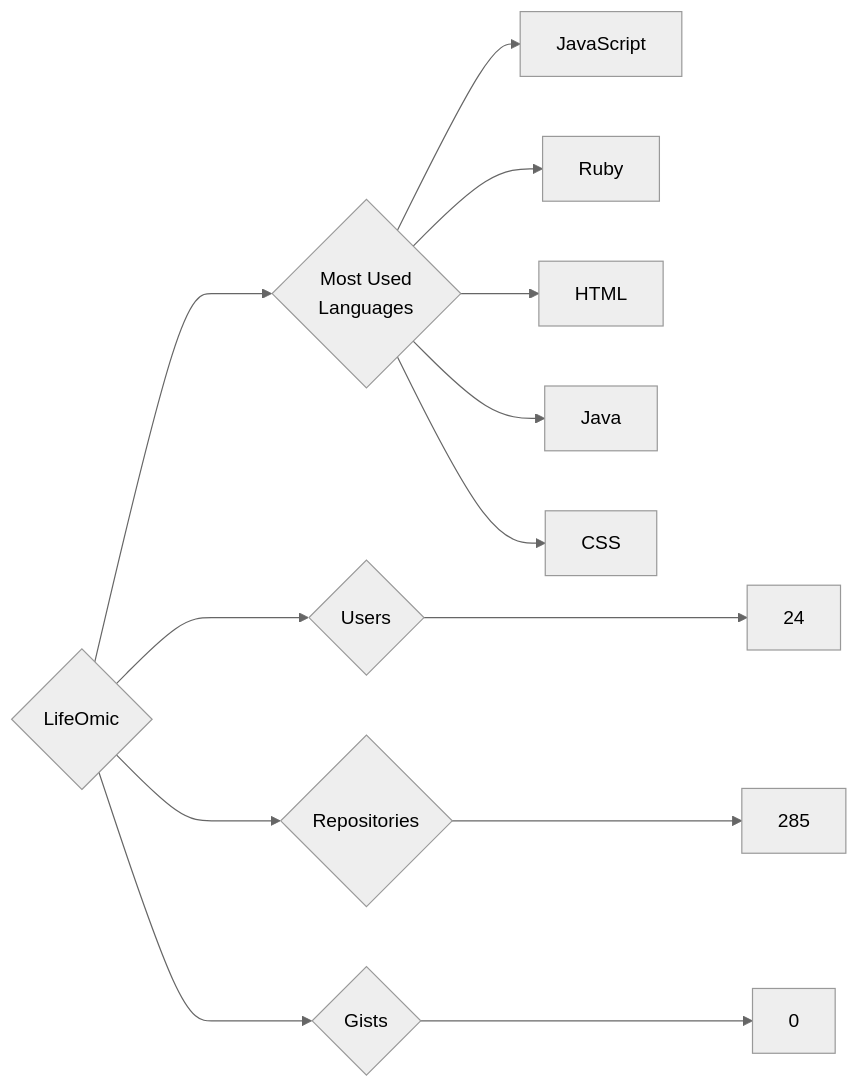
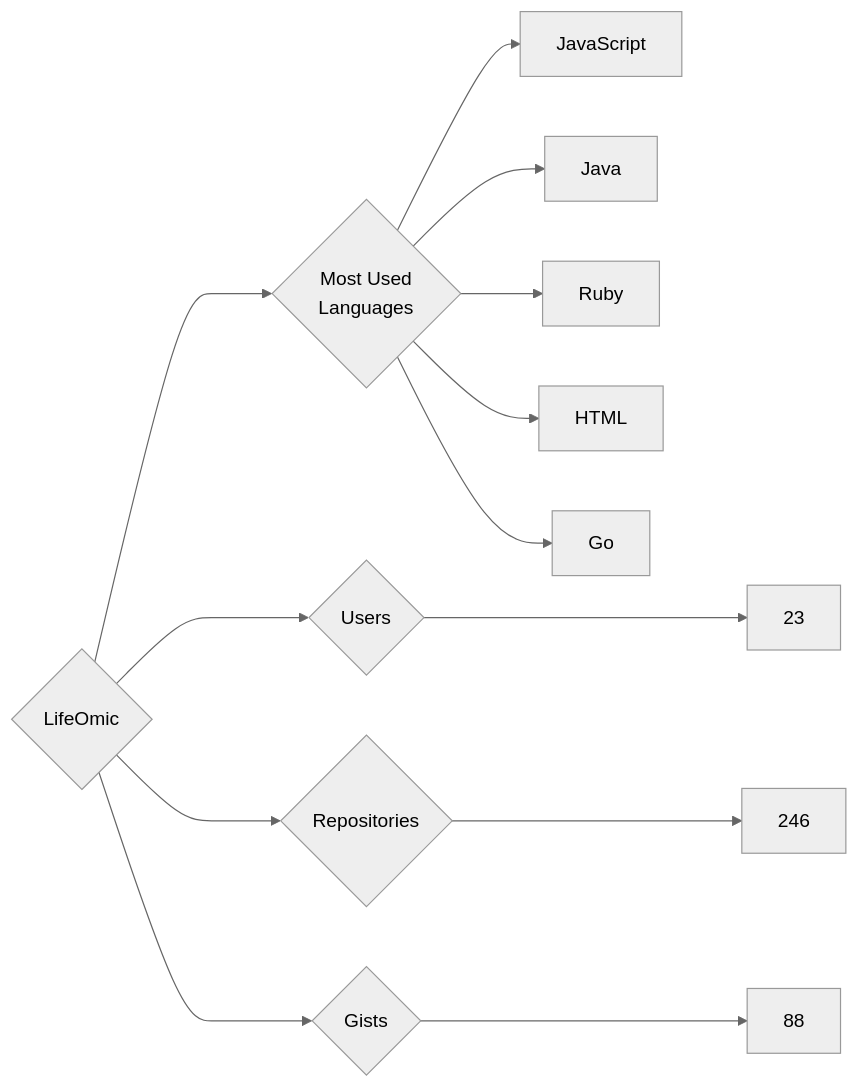
One commit to trickest/insiders changed the diagram in targets/LifeOmic/README.md. Above: the diagram before and after it, drawn with Mermaid (neutral theme). The commit also changed 984 other files, not shown here.

````diff
--- a/targets/LifeOmic/README.md
+++ b/targets/LifeOmic/README.md
@@ -3,13 +3,13 @@
 ```mermaid
 graph LR
 COMPANY_NAME{LifeOmic}
-COMPANY_NAME ---> U{Users} ---> UN[24]
-COMPANY_NAME ---> R{Repositories} ---> RN[285]
-COMPANY_NAME ---> G{Gists} ---> GN[0]
+COMPANY_NAME ---> U{Users} ---> UN[23]
+COMPANY_NAME ---> R{Repositories} ---> RN[246]
+COMPANY_NAME ---> G{Gists} ---> GN[88]
 COMPANY_NAME ---> ML{Most Used<br>Languages}
 ML --> JavaScript[JavaScript]
+ML --> Java[Java]
 ML --> Ruby[Ruby]
 ML --> HTML[HTML]
-ML --> Java[Java]
-ML --> CSS[CSS]
+ML --> Go[Go]
 ```
````
